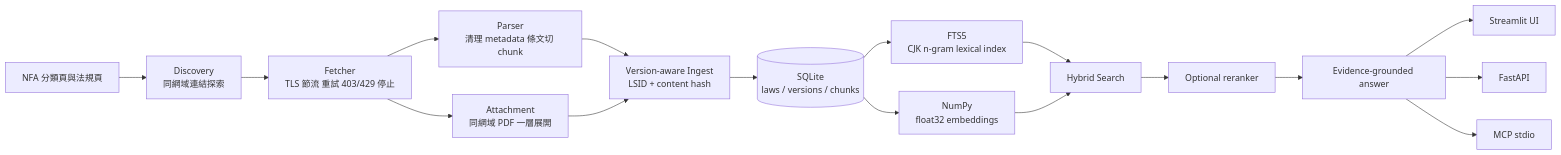
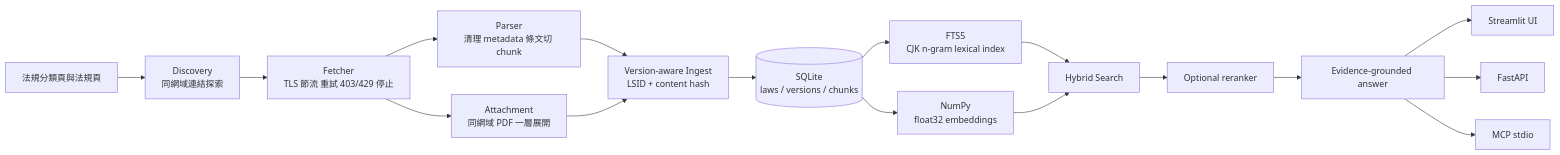
Before and after one commit to jjfree/nfa-fire-law-rag: the diagram in docs/SYSTEM_MANUAL.md, drawn with Mermaid. The commit also changed other lines of this file and 14 other files, not shown here.

````diff
--- a/docs/SYSTEM_MANUAL.md
+++ b/docs/SYSTEM_MANUAL.md
@@ -25,19 +25,19 @@
 ```mermaid
 flowchart LR
-    NFA[NFA 分類頁與法規頁] --> D[Discovery<br/>同網域連結探索]
+    SRC[法規分類頁與法規頁] --> D[Discovery<br/>同網域連結探索]
     D --> F[Fetcher<br/>TLS 節流 重試 403/429 停止]
     F --> P[Parser<br/>清理 metadata 條文切 chunk]
     F --> A[Attachment<br/>同網域 PDF 一層展開]
     P --> I[Version-aware Ingest<br/>LSID + content hash]
     A --> I
     I --> DB[(SQLite<br/>laws / versions / chunks)]
     DB --> X[FTS5<br/>CJK n-gram lexical index]
     DB --> V[NumPy<br/>float32 embeddings]
     X --> S[Hybrid Search]
     V --> S
     S --> R[Optional reranker]
     R --> Q[Evidence-grounded answer]
     Q --> UI[Streamlit UI]
     Q --> API[FastAPI]
     Q --> MCP[MCP stdio]
 ```
````
